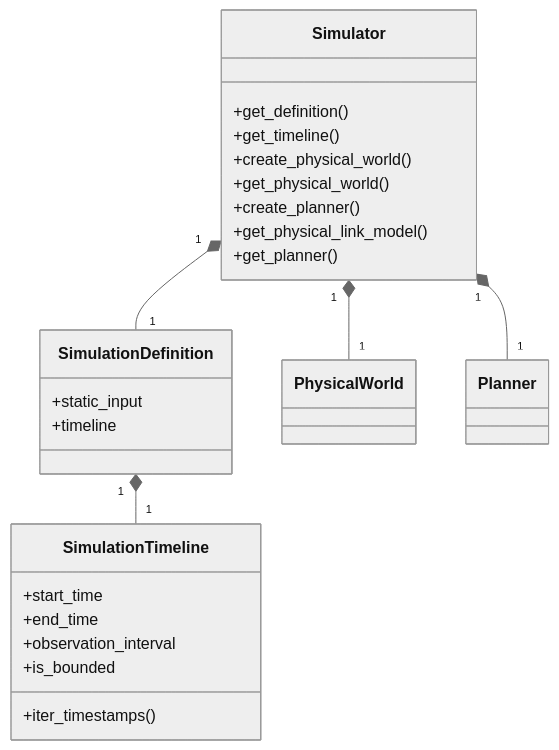
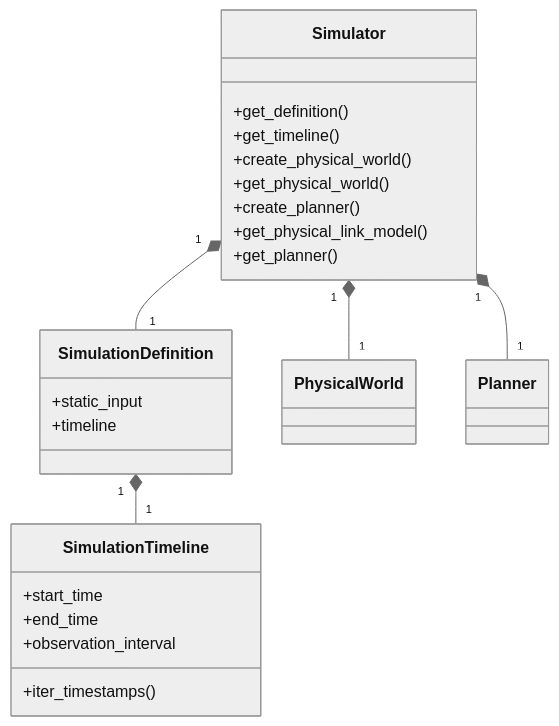
Before and after one commit to seed-labs/skyseed: the first of 2 diagrams in skyseed_v2/src/skyseed_v2/simulator/README.md, drawn with Mermaid (neutral theme). The commit also changed other lines of this file and 77 other files, not shown here.

````diff
--- a/skyseed_v2/src/skyseed_v2/simulator/README.md
+++ b/skyseed_v2/src/skyseed_v2/simulator/README.md
@@ -11,30 +11,29 @@
 ```mermaid
 classDiagram
     class SimulationDefinition {
         +static_input
         +timeline
     }
     class SimulationTimeline {
         +start_time
         +end_time
         +observation_interval
-        +is_bounded
         +iter_timestamps()
     }
     class Simulator {
         +get_definition()
         +get_timeline()
         +create_physical_world()
         +get_physical_world()
         +create_planner()
         +get_physical_link_model()
         +get_planner()
     }
     class PhysicalWorld
     class Planner
 
     SimulationDefinition "1" *-- "1" SimulationTimeline
     Simulator "1" *-- "1" SimulationDefinition
     Simulator "1" *-- "1" PhysicalWorld
     Simulator "1" *-- "1" Planner
 ```
````
